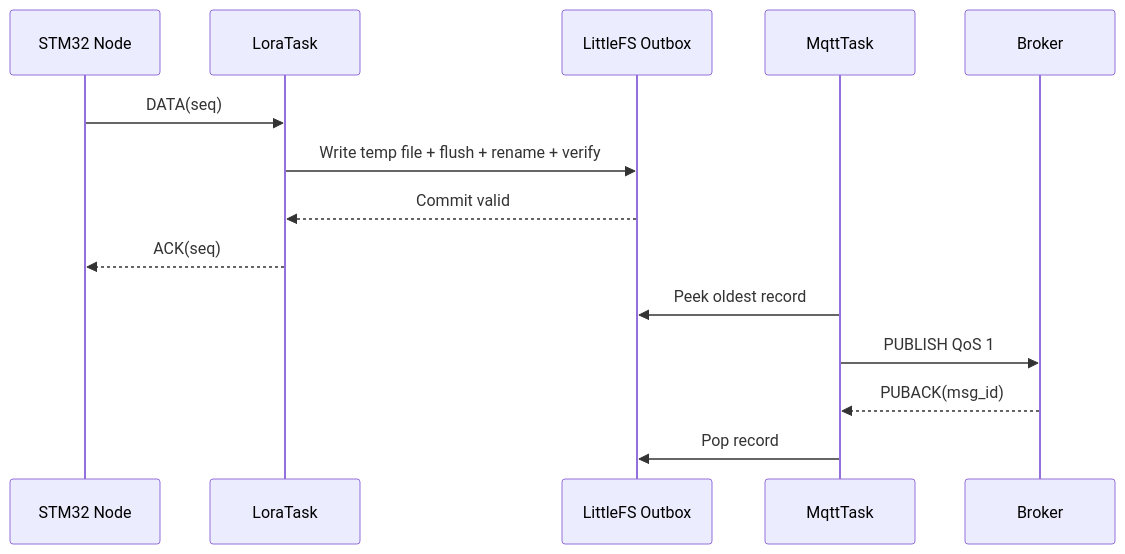
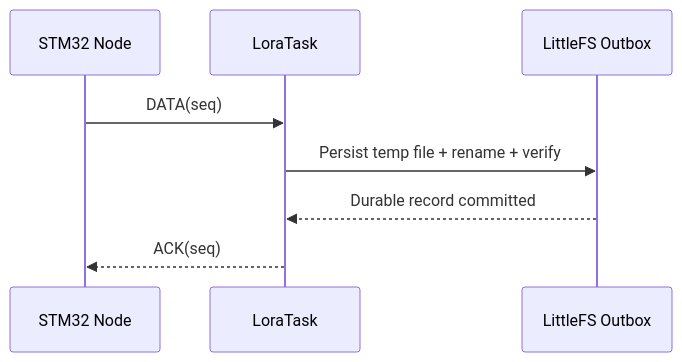
One commit to haikevins/iot-system changed the first of 2 diagrams in gateway/README.md. Above: the diagram before and after it, drawn with Mermaid. The commit also changed other lines of this file and 3 other files, not shown here.

````diff
--- a/gateway/README.md
+++ b/gateway/README.md
@@ -354,16 +356,10 @@
 ```mermaid
 sequenceDiagram
     participant N as STM32 Node
     participant L as LoraTask
     participant F as LittleFS Outbox
-    participant M as MqttTask
-    participant B as Broker
     N->>L: DATA(seq)
-    L->>F: Write temp file + flush + rename + verify
-    F-->>L: Commit valid
+    L->>F: Persist temp file + rename + verify
+    F-->>L: Durable record committed
     L-->>N: ACK(seq)
-    M->>F: Peek oldest record
-    M->>B: PUBLISH QoS 1
-    B-->>M: PUBACK(msg_id)
-    M->>F: Pop record
 ```
````
